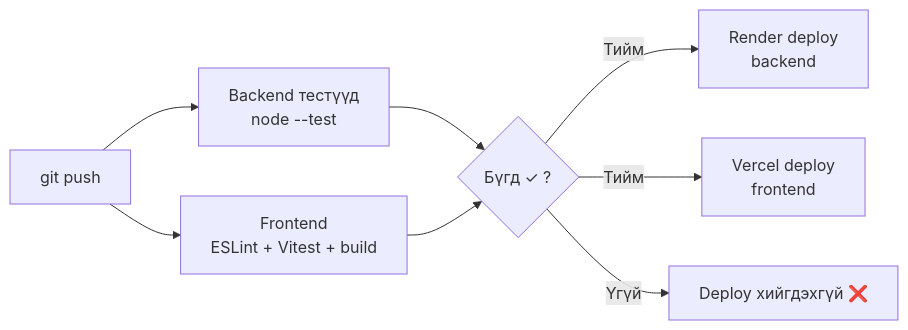
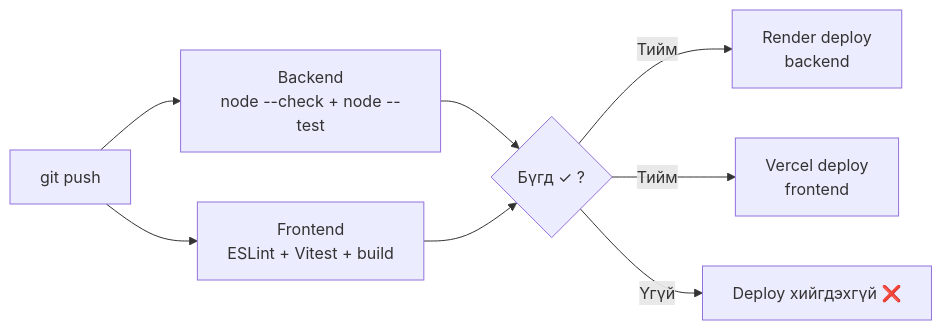
Before and after one commit to amirdaGankhuyag/legal-guide: the second of 2 diagrams in README.md, drawn with Mermaid. The commit also changed other lines of this file and 1 other file, not shown here.

Commit message:
test and readme update

````diff
--- a/README.md
+++ b/README.md
@@ -53,10 +59,10 @@
 ```mermaid
 graph LR
-    P[git push] --> BT[Backend тестүүд<br/>node --test]
+    P[git push] --> BT[Backend<br/>node --check + node --test]
     P --> FT[Frontend<br/>ESLint + Vitest + build]
     BT --> G{Бүгд ✓ ?}
     FT --> G
     G -- Тийм --> R[Render deploy<br/>backend]
     G -- Тийм --> V[Vercel deploy<br/>frontend]
     G -- Үгүй --> X[Deploy хийгдэхгүй ❌]
 ```
````
